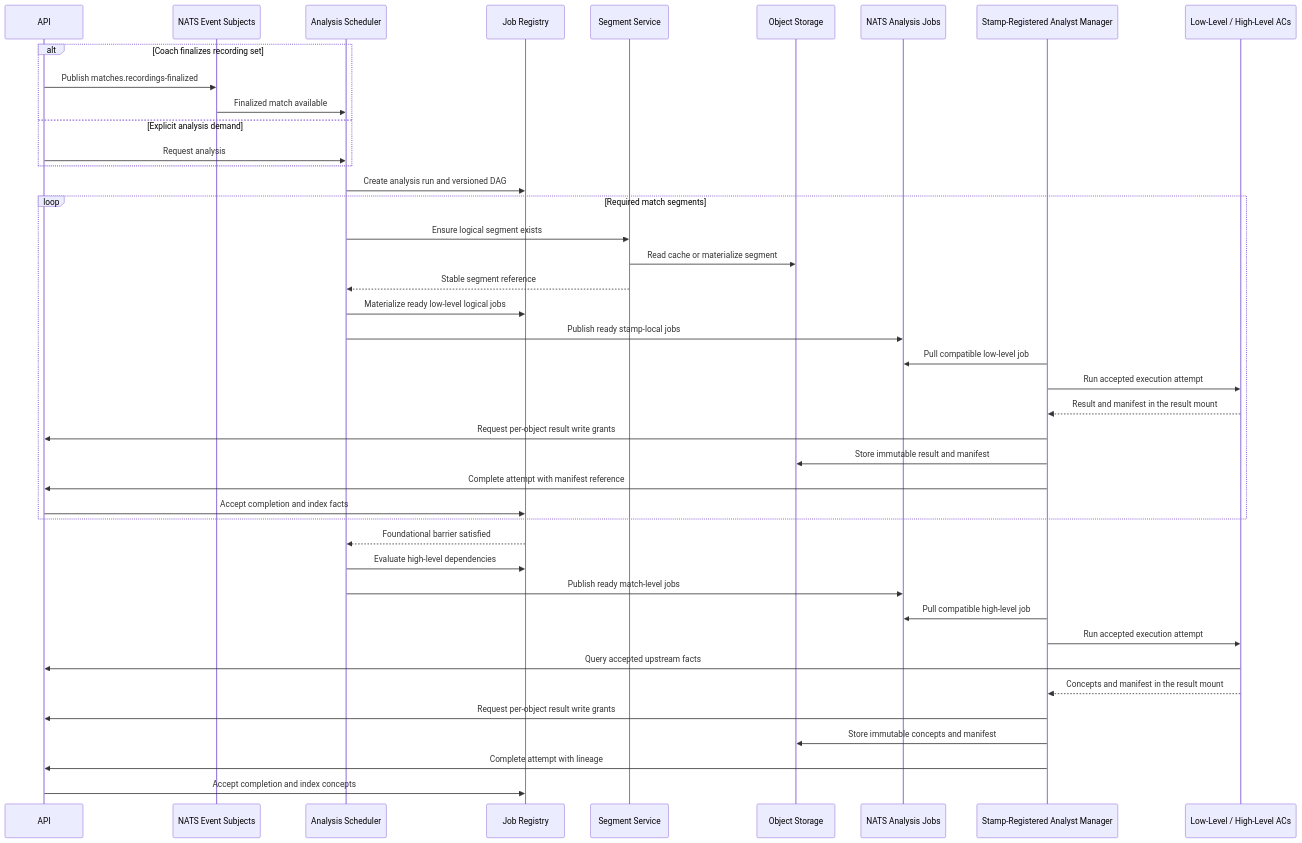
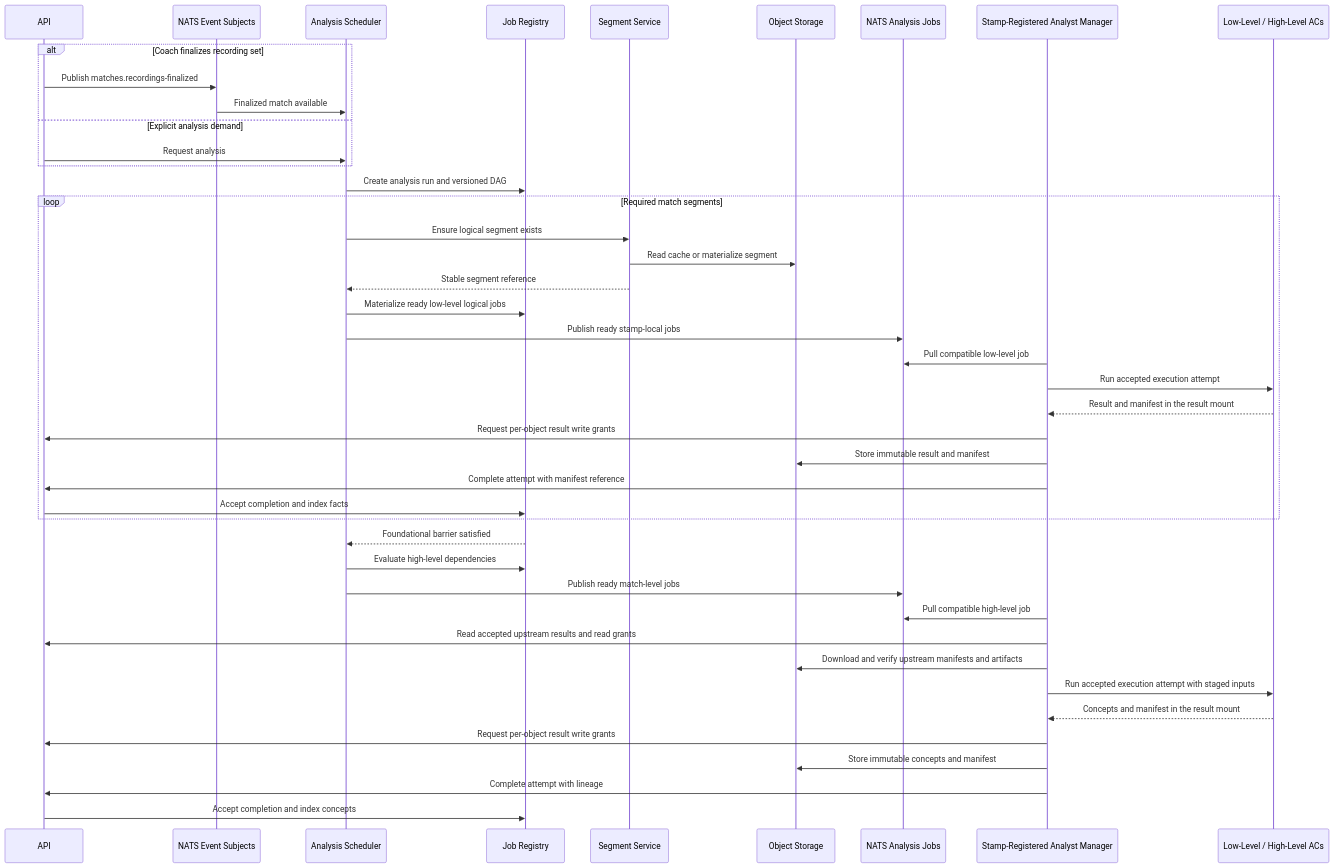
One commit to markusheiliger/socalytics changed the diagram in docs/architecture/job-processing.md. Above: the diagram before and after it, drawn with Mermaid. The commit also changed 13 other files, not shown here.

````diff
--- a/docs/architecture/job-processing.md
+++ b/docs/architecture/job-processing.md
@@ -51,46 +51,47 @@
 ```mermaid
 sequenceDiagram
 
     participant API
     participant Events as NATS Event Subjects
     participant Scheduler as Analysis Scheduler
     participant Registry as Job Registry
     participant Segments as Segment Service
     participant Storage as Object Storage
     participant Jobs as NATS Analysis Jobs
     participant Manager as Stamp-Registered Analyst Manager
     participant Analysts as Low-Level / High-Level ACs
 
     alt Coach finalizes recording set
         API->>Events: Publish matches.recordings-finalized
         Events->>Scheduler: Finalized match available
     else Explicit analysis demand
         API->>Scheduler: Request analysis
     end
         Scheduler->>Registry: Create analysis run and versioned DAG
         loop Required match segments
                 Scheduler->>Segments: Ensure logical segment exists
                 Segments->>Storage: Read cache or materialize segment
                 Segments-->>Scheduler: Stable segment reference
                 Scheduler->>Registry: Materialize ready low-level logical jobs
                 Scheduler->>Jobs: Publish ready stamp-local jobs
                 Manager->>Jobs: Pull compatible low-level job
                 Manager->>Analysts: Run accepted execution attempt
                 Analysts-->>Manager: Result and manifest in the result mount
                 Manager->>API: Request per-object result write grants
                 Manager->>Storage: Store immutable result and manifest
                 Manager->>API: Complete attempt with manifest reference
                 API->>Registry: Accept completion and index facts
         end
         Registry-->>Scheduler: Foundational barrier satisfied
         Scheduler->>Registry: Evaluate high-level dependencies
         Scheduler->>Jobs: Publish ready match-level jobs
         Manager->>Jobs: Pull compatible high-level job
-        Manager->>Analysts: Run accepted execution attempt
-        Analysts->>API: Query accepted upstream facts
+        Manager->>API: Read accepted upstream results and read grants
+        Manager->>Storage: Download and verify upstream manifests and artifacts
+        Manager->>Analysts: Run accepted execution attempt with staged inputs
         Analysts-->>Manager: Concepts and manifest in the result mount
         Manager->>API: Request per-object result write grants
         Manager->>Storage: Store immutable concepts and manifest
         Manager->>API: Complete attempt with lineage
         API->>Registry: Accept completion and index concepts
 ```
````
